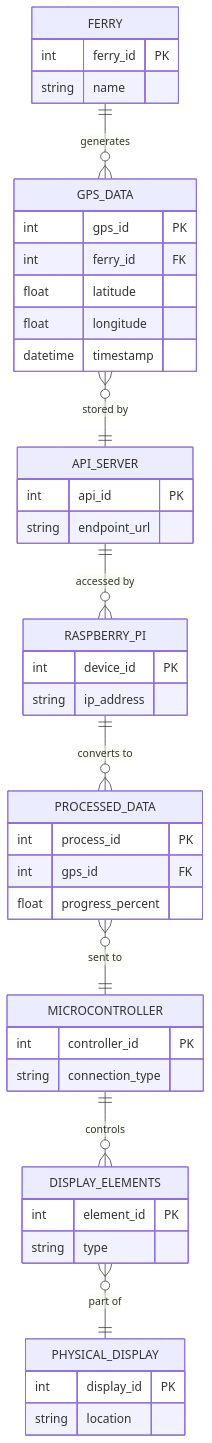
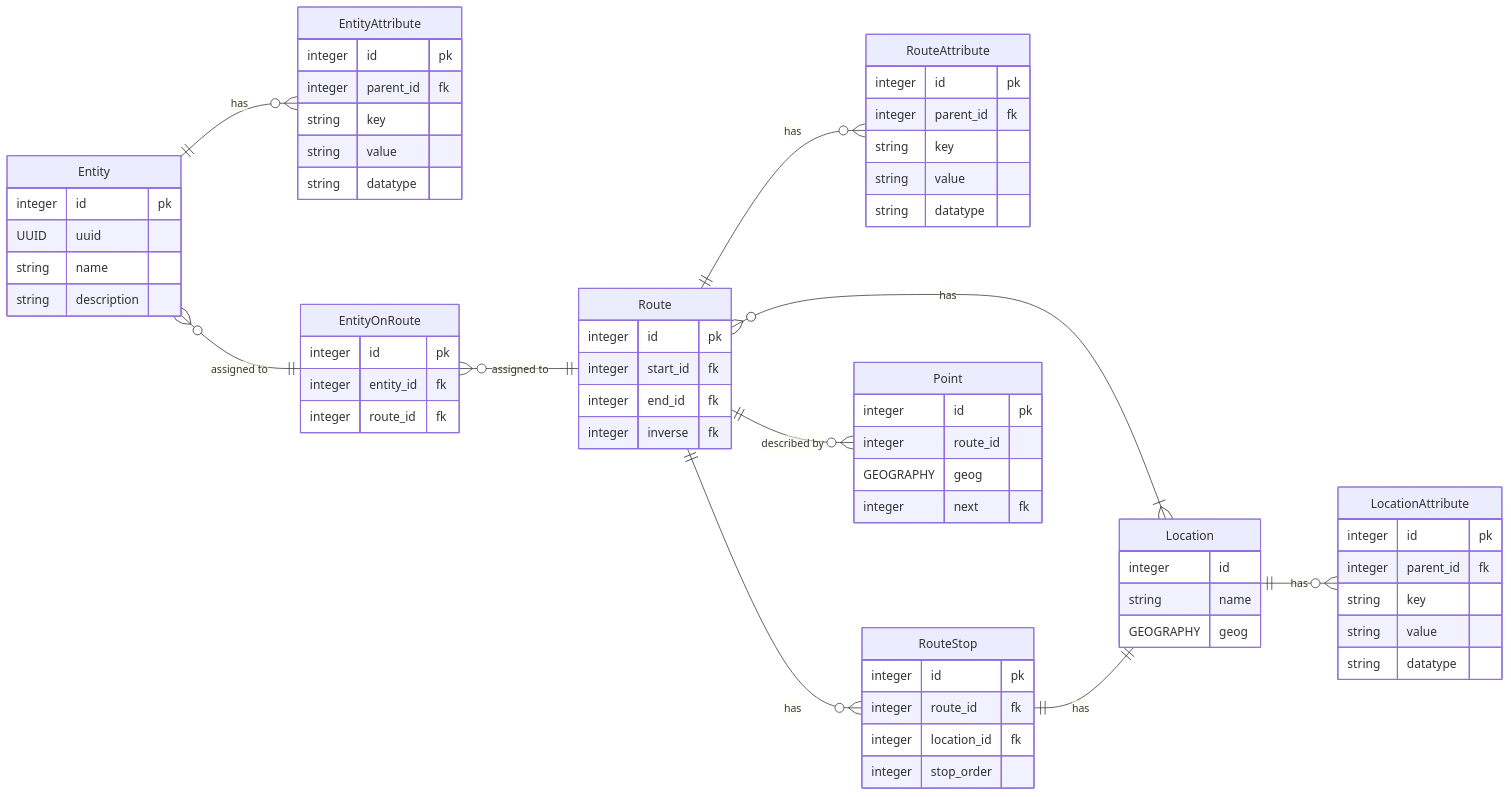
Before and after one commit to Plymouth-University/comp2003-2025-2026-team-19: the diagram in database/design/ERD.MD, drawn with Mermaid. The commit also changed 5 other files, not shown here.

````diff
--- a/database/design/ERD.MD
+++ b/database/design/ERD.MD
@@ -1,46 +1,79 @@
 ```mermaid
 erDiagram
-    FERRY {
-        int ferry_id PK
+    direction LR
+    Entity {
+        integer id pk
+        UUID uuid
         string name
+        string description
     }
-    GPS_DATA {
-        int gps_id PK
-        int ferry_id FK
-        float latitude
-        float longitude
-        datetime timestamp
+
+    EntityAttribute {
+        integer id pk
+        integer parent_id fk
+        string key
+        string value
+        string datatype
     }
-    API_SERVER {
-        int api_id PK
-        string endpoint_url
+
+    EntityOnRoute {
+        integer id pk
+        integer entity_id fk
+        integer route_id fk
     }
-    FERRY ||--o{ GPS_DATA : "generates"
-    GPS_DATA }o--|| API_SERVER : "stored by"
-    RASPBERRY_PI {
-        int device_id PK
-        string ip_address
+
+    Route {
+        integer id pk
+        integer start_id fk
+        integer end_id fk
+        integer inverse fk
     }
-    PROCESSED_DATA {
-        int process_id PK
-        int gps_id FK
-        float progress_percent
+
+    RouteAttribute {
+        integer id pk
+        integer parent_id fk
+        string key
+        string value
+        string datatype
     }
-    API_SERVER ||--o{ RASPBERRY_PI : "accessed by"
-    RASPBERRY_PI ||--o{ PROCESSED_DATA : "converts to"
-    MICROCONTROLLER {
-        int controller_id PK
-        string connection_type
+
+    RouteStop {
+        integer id pk
+        integer route_id fk
+        integer location_id fk
+        integer stop_order
     }
-    DISPLAY_ELEMENTS {
-        int element_id PK
-        string type
+
+    Location {
+        integer id
+        string name
+        GEOGRAPHY geog
     }
-    PHYSICAL_DISPLAY {
-        int display_id PK
-        string location
+
+    LocationAttribute {
+        integer id pk
+        integer parent_id fk
+        string key
+        string value
+        string datatype
     }
-    PROCESSED_DATA }o--|| MICROCONTROLLER : "sent to"
-    MICROCONTROLLER ||--o{ DISPLAY_ELEMENTS : "controls"
-    DISPLAY_ELEMENTS }o--|| PHYSICAL_DISPLAY : "part of"
+
+    Point {
+        integer id pk
+        integer route_id
+        GEOGRAPHY geog
+        integer next fk
+    }
+
+    Entity }o--|| EntityOnRoute : "assigned to"
+    EntityOnRoute }o--|| Route : "assigned to"
+    Entity ||--o{ EntityAttribute : has
+
+    Location ||--o{ LocationAttribute : has
+
+    Route }o--|{ Location : has
+    Route ||--o{ RouteStop : has
+    RouteStop ||--|| Location : has
+    Route ||--o{ Point : "described by"
+    Route ||--o{ RouteAttribute : has
 ```
````
